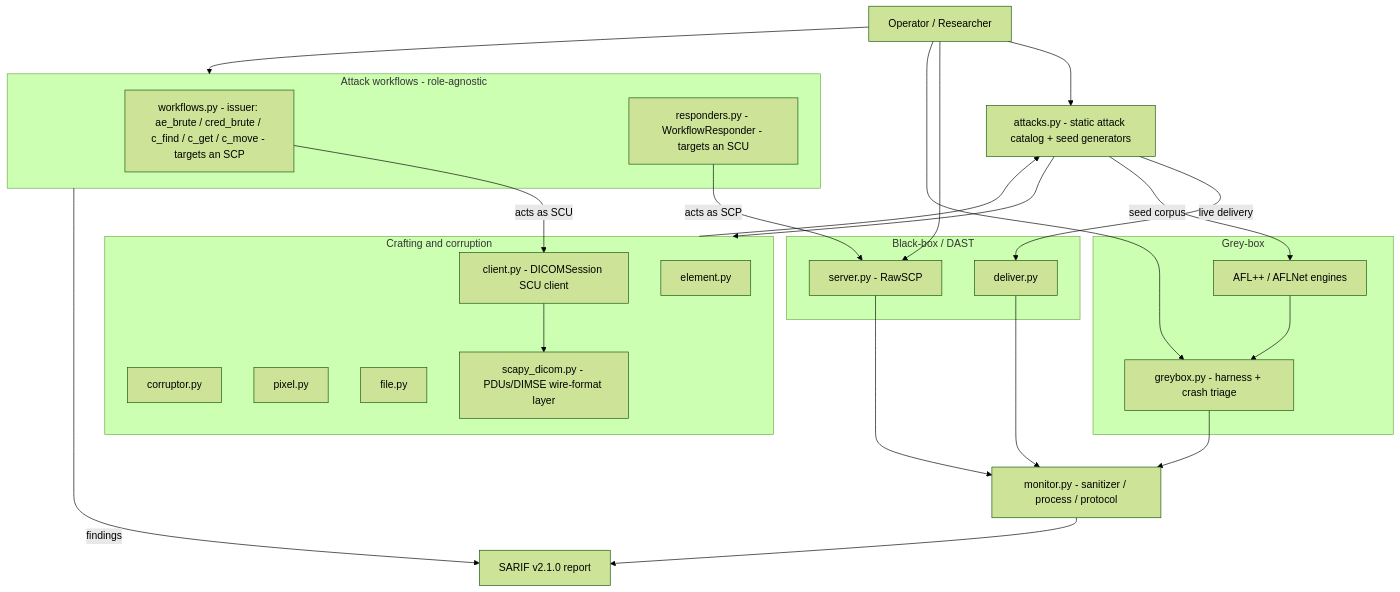
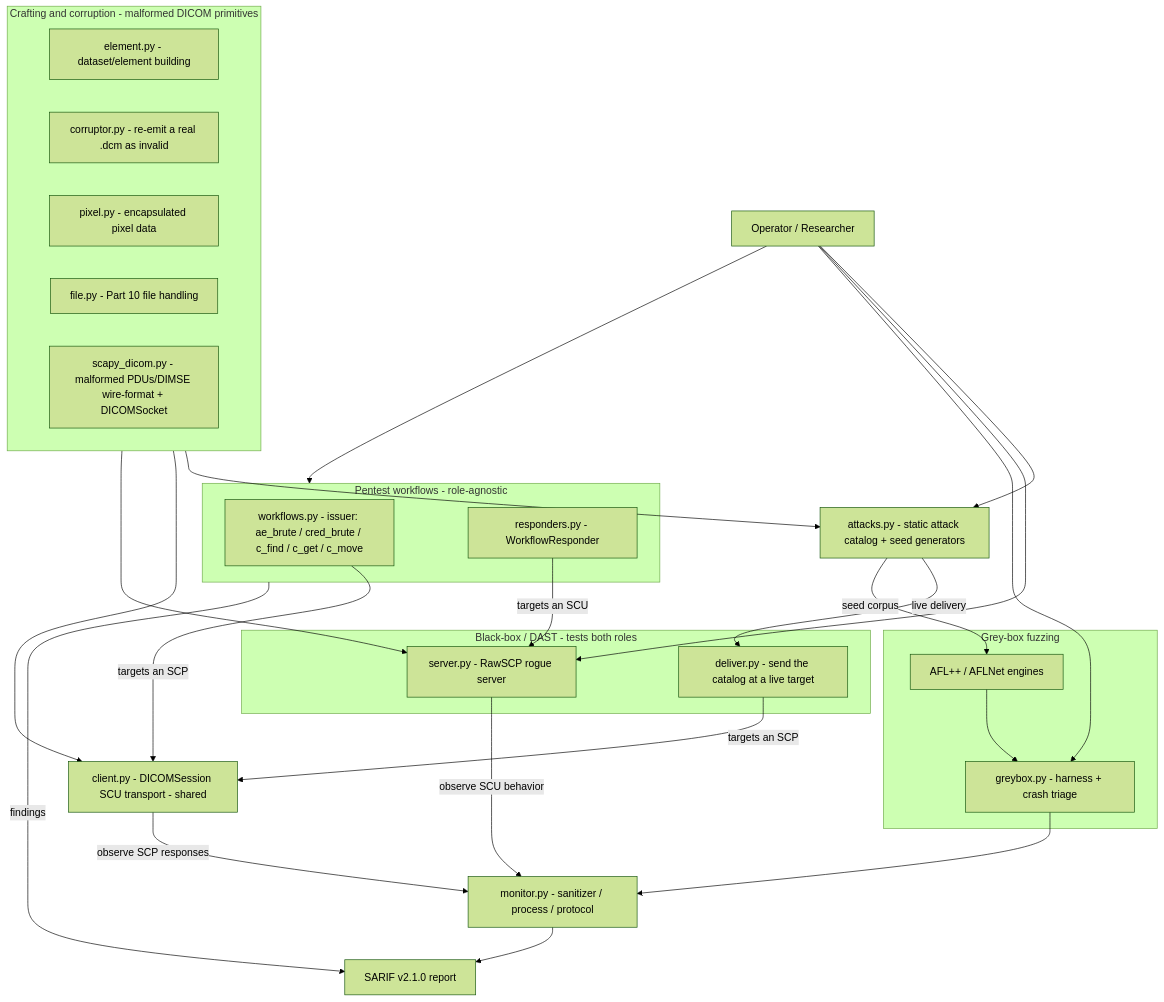
Before and after one commit to tmart234/C-SCARE: the diagram in README.md, drawn with Mermaid (forest theme). The commit also changed other lines of this file, not shown here.

Commit message:
docs: fix pentest SARIF output and clean up architecture diagram
The capabilities matrix listed the pentest-workflow output as "Classified
findings", but workflow findings convert to attacks.AttackResult
(WorkflowResult/RoleNegotiationResult/HostileObservation.to_attack_result)
and ride the same SARIF v2.1.0 writer as DAST and fuzzing (wf get --strict
already emits --sarif). Update the cell to "Classified findings -> SARIF
v2.1.0".

Rework the mermaid architecture diagram:
- Pull client.py (DICOMSession SCU) out of the "Crafting and corruption"
  box and show it as the shared transport it is; keep only the genuine
  crafting primitives (element/corruptor/pixel/file/scapy_dicom) in CRAFT.
- Show crafting/corruption feeding the catalog AND both wire endpoints
  (the SCU transport and the RawSCP rogue server), so it no longer reads
  as SCU-only.
- Make both test directions explicit and symmetric: DAST delivery and
  issuer workflows target an SCP via the shared transport; the rogue
  server and responder workflows target an SCU. Black-box no longer reads
  as SCP-only.

````diff
--- a/README.md
+++ b/README.md
@@ -26,51 +26,63 @@
 ```mermaid
 flowchart TD
     USER[Operator / Researcher]
 
-    subgraph CRAFT [Crafting and corruption]
-        ELEMENT[element.py]
-        CORRUPTOR[corruptor.py]
-        PIXEL[pixel.py]
-        FILE[file.py]
-        SCAPY[scapy_dicom.py - PDUs/DIMSE wire-format layer]
-        CLIENT[client.py - DICOMSession SCU client]
+    subgraph CRAFT [Crafting and corruption - malformed DICOM primitives]
+        ELEMENT[element.py - dataset/element building]
+        CORRUPTOR[corruptor.py - re-emit a real .dcm as invalid]
+        PIXEL[pixel.py - encapsulated pixel data]
+        FILE[file.py - Part 10 file handling]
+        SCAPY[scapy_dicom.py - malformed PDUs/DIMSE wire-format + DICOMSocket]
     end
 
     CATALOG[attacks.py - static attack catalog + seed generators]
+    CLIENT[client.py - DICOMSession SCU transport - shared]
 
-    subgraph BLACKBOX [Black-box / DAST]
-        DELIVER[deliver.py]
-        SERVER[server.py - RawSCP]
+    subgraph BLACKBOX [Black-box / DAST - tests both roles]
+        DELIVER[deliver.py - send the catalog at a live target]
+        SERVER[server.py - RawSCP rogue server]
     end
 
-    subgraph WORKFLOWS [Attack workflows - role-agnostic]
-        ISSUER[workflows.py - issuer: ae_brute / cred_brute / c_find / c_get / c_move - targets an SCP]
-        RESPONDER[responders.py - WorkflowResponder - targets an SCU]
+    subgraph WORKFLOWS [Pentest workflows - role-agnostic]
+        ISSUER[workflows.py - issuer: ae_brute / cred_brute / c_find / c_get / c_move]
+        RESPONDER[responders.py - WorkflowResponder]
     end
 
-    subgraph GREYBOX [Grey-box]
+    subgraph GREYBOX [Grey-box fuzzing]
         AFL[AFL++ / AFLNet engines]
         GB[greybox.py - harness + crash triage]
     end
 
     MONITOR[monitor.py - sanitizer / process / protocol]
     SARIF[SARIF v2.1.0 report]
 
     USER --> CATALOG
     USER --> SERVER
     USER --> WORKFLOWS
     USER --> GB
-    CATALOG --> CRAFT
+
+    %% Crafting/corruption underpins the catalog AND both wire endpoints
+    %% (the SCU transport and the rogue server) - not just one side.
     CRAFT --> CATALOG
+    CRAFT --> CLIENT
+    CRAFT --> SERVER
+
     CATALOG -->|live delivery| DELIVER
     CATALOG -->|seed corpus| AFL
-    ISSUER -->|acts as SCU| CLIENT
-    CLIENT --> SCAPY
-    RESPONDER -->|acts as SCP| SERVER
-    DELIVER --> MONITOR
+
+    %% Targeting a server (SCP): DAST delivery and issuer workflows both
+    %% drive the shared SCU transport against an SCP.
+    DELIVER -->|targets an SCP| CLIENT
+    ISSUER -->|targets an SCP| CLIENT
+
+    %% Targeting a client (SCU): the RawSCP rogue server, driven by DAST
+    %% delivery and by responder workflows.
+    RESPONDER -->|targets an SCU| SERVER
+
+    CLIENT -->|observe SCP responses| MONITOR
+    SERVER -->|observe SCU behavior| MONITOR
     AFL --> GB
     GB --> MONITOR
-    SERVER --> MONITOR
     MONITOR --> SARIF
     WORKFLOWS -->|findings| SARIF
 ```
````
